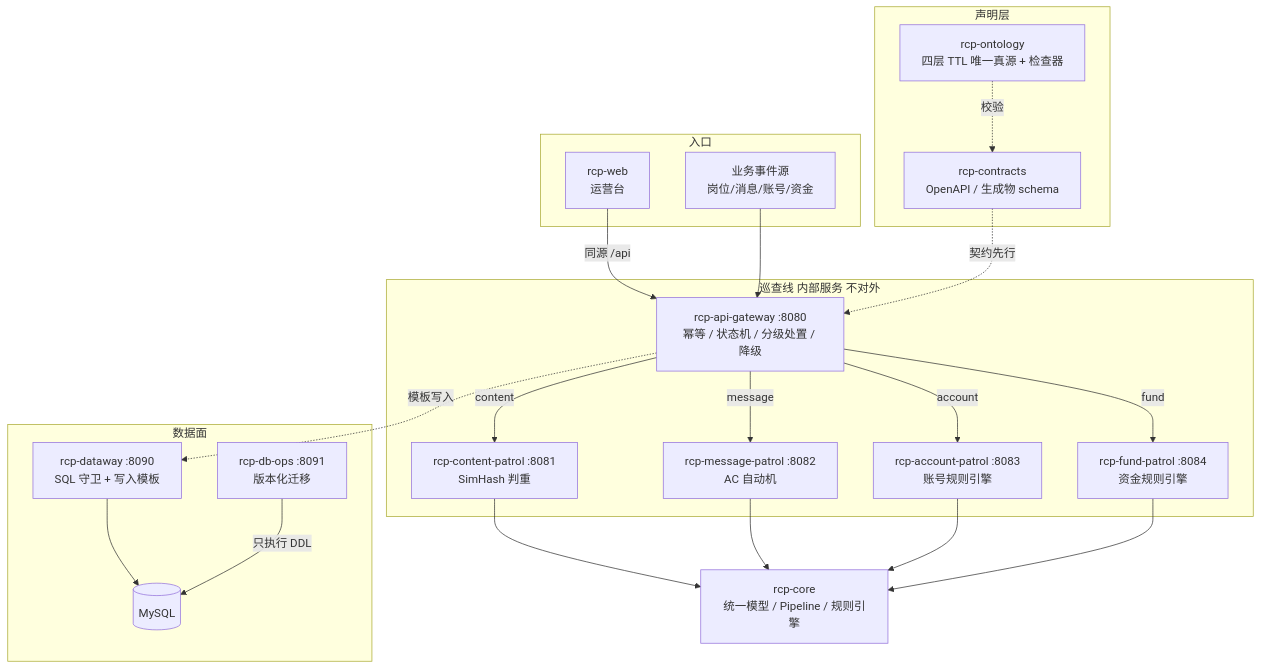
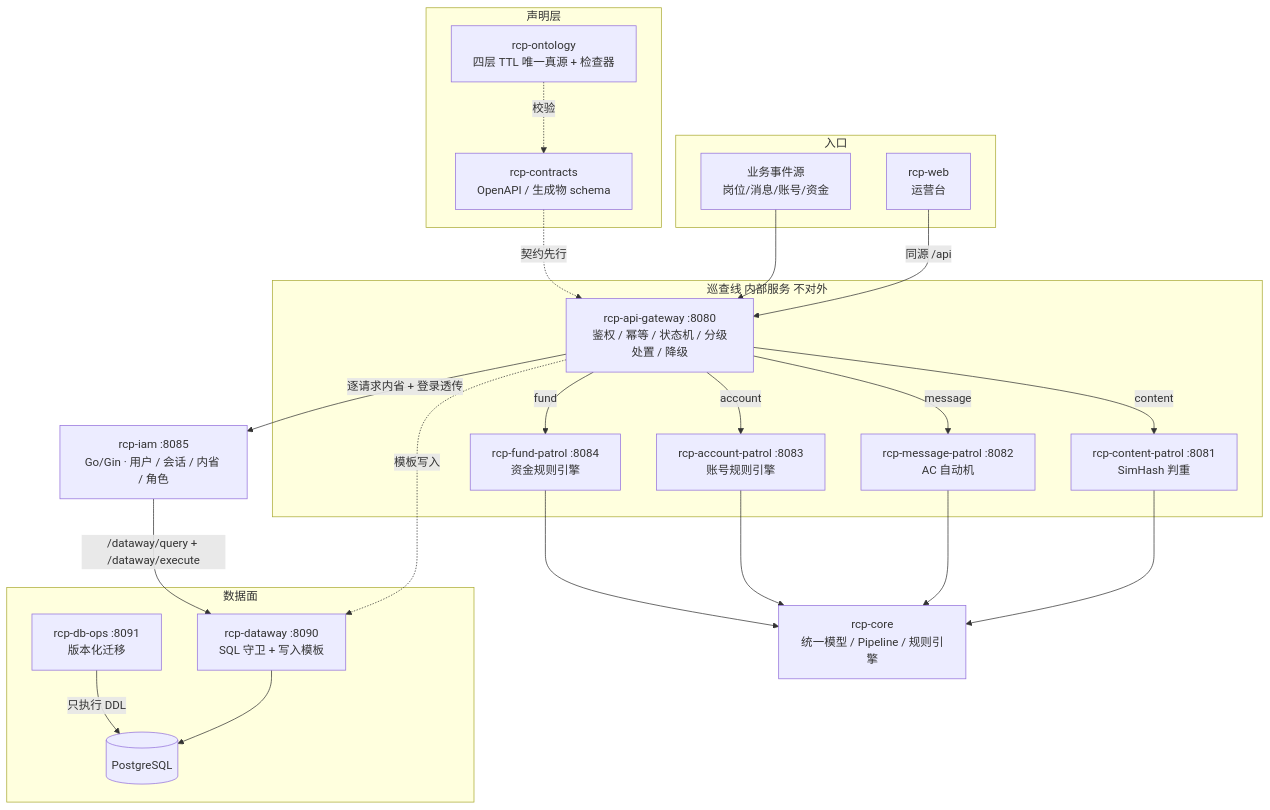
One commit to lifeipkg/rcp-contracts changed the diagram in docs/ARCHITECTURE.md. Above: the diagram before and after it, drawn with Mermaid. The commit also changed other lines of this file and 7 other files, not shown here.

````diff
--- a/docs/ARCHITECTURE.md
+++ b/docs/ARCHITECTURE.md
@@ -27,36 +35,40 @@
 ```mermaid
 flowchart TB
     subgraph 入口
         WEB[rcp-web<br/>运营台]
         BIZ[业务事件源<br/>岗位/消息/账号/资金]
     end
     WEB -->|同源 /api| G
     BIZ --> G
 
-    G[rcp-api-gateway :8080<br/>幂等 / 状态机 / 分级处置 / 降级]
+    G[rcp-api-gateway :8080<br/>鉴权 / 幂等 / 状态机 / 分级处置 / 降级]
+
+    IAM[rcp-iam :8085<br/>Go/Gin · 用户 / 会话 / 内省 / 角色]
+    G -->|逐请求内省 + 登录透传| IAM
 
     subgraph 巡查线 内部服务 不对外
         G -->|content| C[rcp-content-patrol :8081<br/>SimHash 判重]
         G -->|message| M[rcp-message-patrol :8082<br/>AC 自动机]
         G -->|account| A[rcp-account-patrol :8083<br/>账号规则引擎]
         G -->|fund| F[rcp-fund-patrol :8084<br/>资金规则引擎]
     end
 
     C & M & A & F --> CORE[rcp-core<br/>统一模型 / Pipeline / 规则引擎]
 
     subgraph 数据面
         DW[rcp-dataway :8090<br/>SQL 守卫 + 写入模板]
-        DB[(MySQL)]
+        DB[(PostgreSQL)]
         DBO[rcp-db-ops :8091<br/>版本化迁移]
     end
     G -.模板写入.-> DW
+    IAM -->|/dataway/query + /dataway/execute| DW
     DW --> DB
     DBO -->|只执行 DDL| DB
 
     subgraph 声明层
         ON[rcp-ontology<br/>四层 TTL 唯一真源 + 检查器]
         CT[rcp-contracts<br/>OpenAPI / 生成物 schema]
     end
     ON -.校验.-> CT
     CT -.契约先行.-> G
 ```
````
